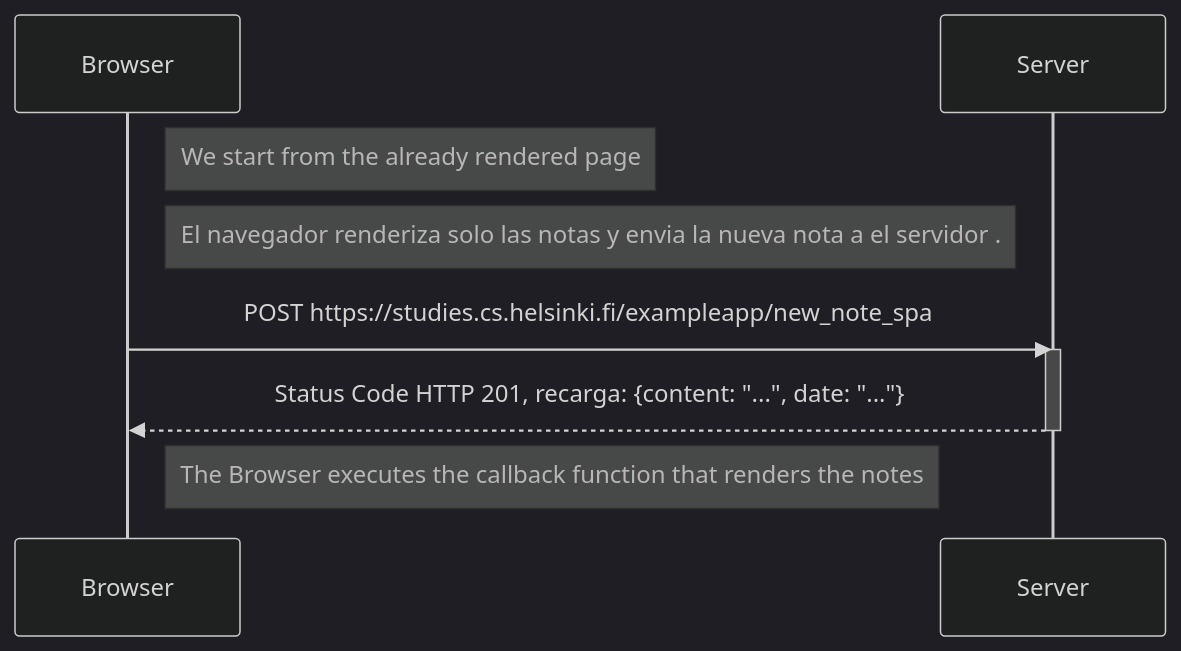
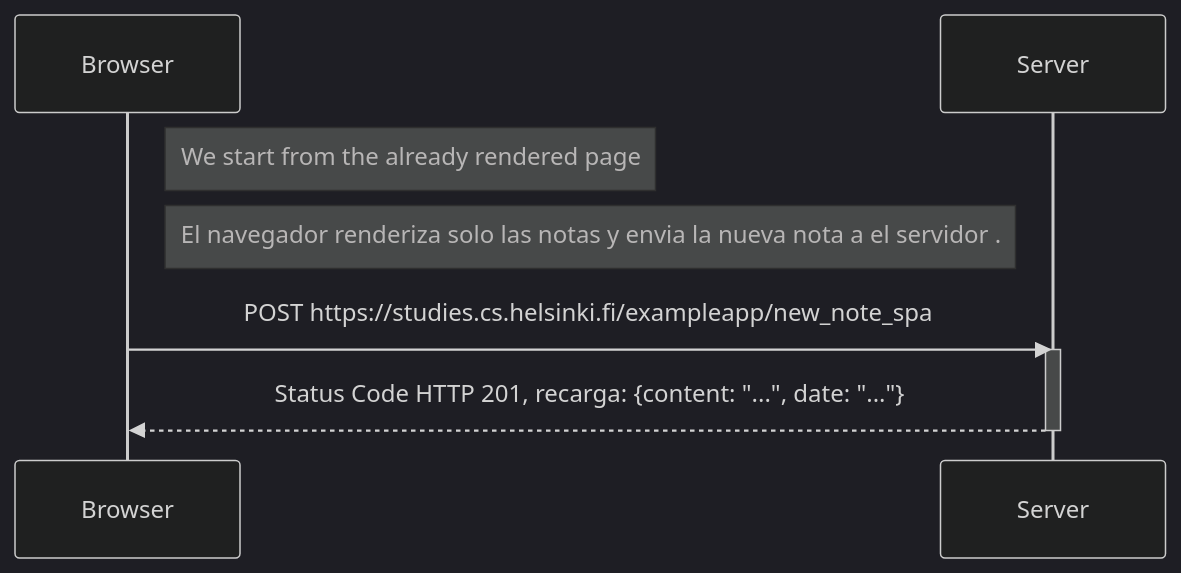
One commit to AugustoOspino/Part0 changed the diagram in 0.6.md. Above: the diagram before and after it, drawn with Mermaid (dark theme).

Commit message:
ejercicios 0.5 0.6

````diff
--- a/0.6.md
+++ b/0.6.md
@@ -1,15 +1,15 @@
 ```mermaid
  sequenceDiagram
     participant Browser
     participant Server
 
     Note right of Browser: We start from the already rendered page
 
     Note right of Browser: El navegador renderiza solo las notas y envia la nueva nota a el servidor .
     Browser->>Server: POST https://studies.cs.helsinki.fi/exampleapp/new_note_spa
     activate Server
     Server-->>Browser: Status Code HTTP 201, recarga: {content: "...", date: "..."}
     deactivate Server
 
-    Note right of Browser: The Browser executes the callback function that renders the notes
+    
 ```
````
